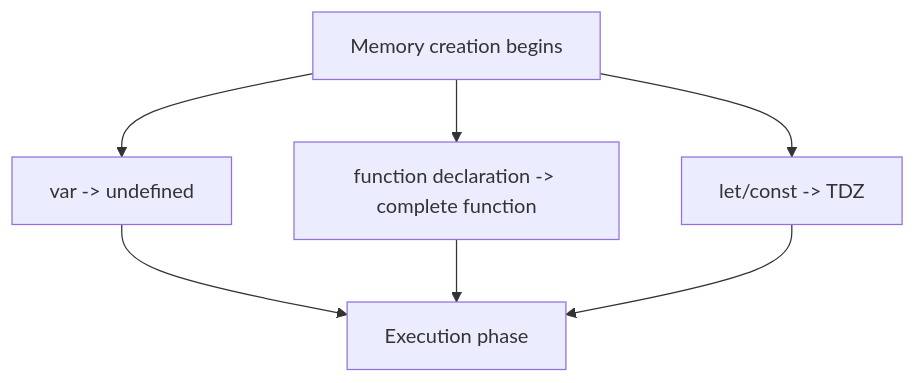
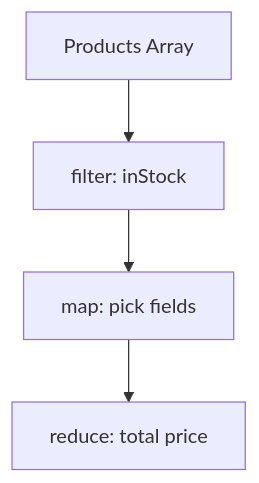
One commit to AbhishekDhone7/javascript-git-basics changed the seventh of 16 diagrams in JavaScript-Beginners-Guide.md. Above: the diagram before and after it, drawn with Mermaid. The commit also changed other lines of this file and 1 other file, not shown here.

````diff
--- a/JavaScript-Beginners-Guide.md
+++ b/JavaScript-Beginners-Guide.md
@@ -537,9 +531,6 @@
 ```mermaid
 flowchart TD
-A[Memory creation begins] --> B[var -> undefined]
-A --> C[function declaration -> complete function]
-A --> D[let/const -> TDZ]
-B --> E[Execution phase]
-C --> E
-D --> E
+A[Products Array] --> B[filter: inStock]
+B --> C[map: pick fields]
+C --> D[reduce: total price]
 ```
````
